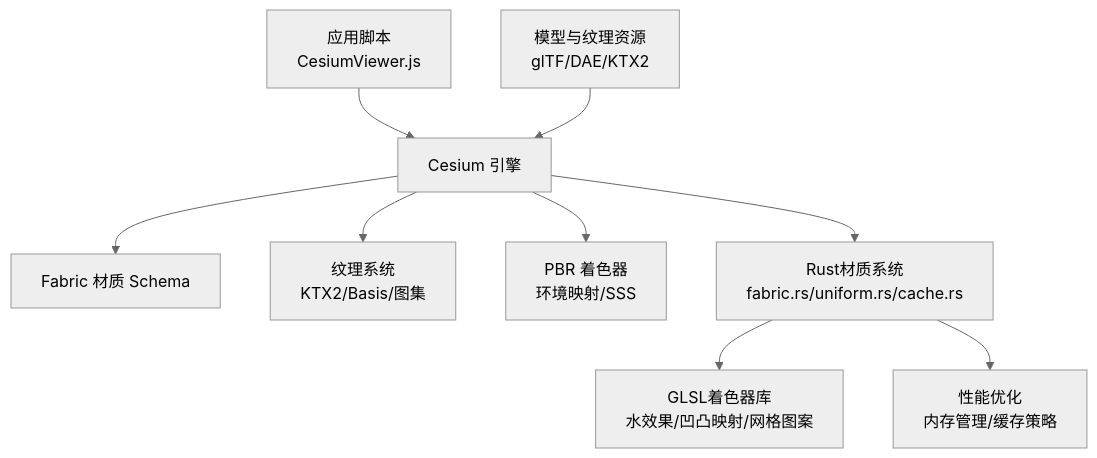
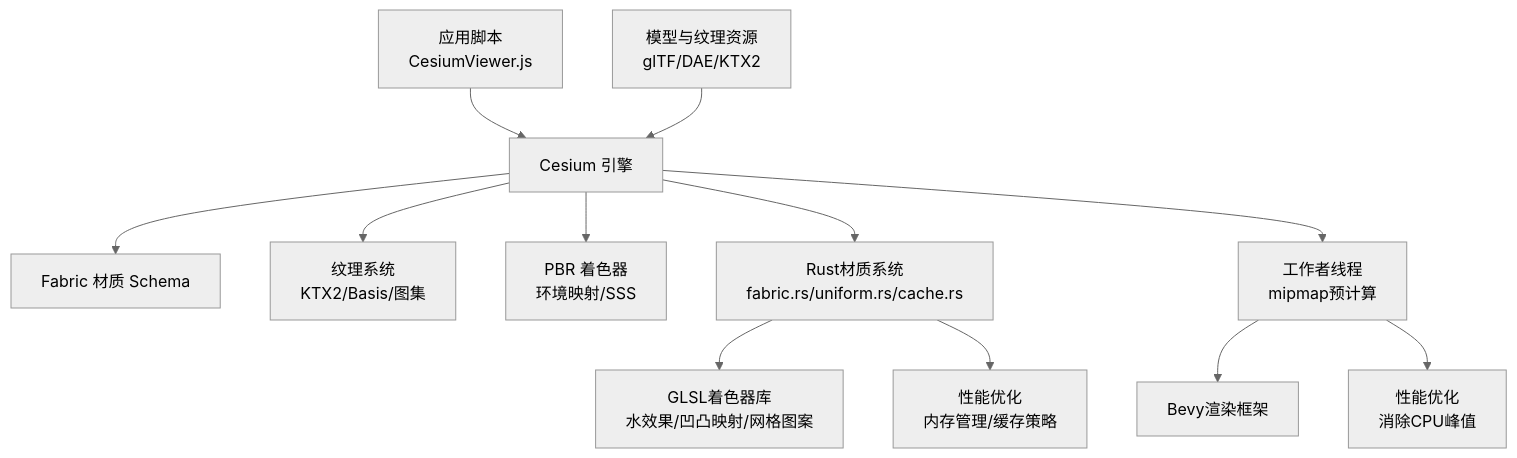
Before and after one commit to rzhangjing/cesium: diagram 11 of 11 in .qoder/repowiki/zh/content/项目概述/核心特性/3D渲染引擎/材质与纹理系统.md, drawn with Mermaid (neutral theme). The commit also changed other lines of this file and 5 other files, not shown here.

````diff
--- a/.qoder/repowiki/zh/content/项目概述/核心特性/3D渲染引擎/材质与纹理系统.md
+++ b/.qoder/repowiki/zh/content/项目概述/核心特性/3D渲染引擎/材质与纹理系统.md
@@ -511,11 +609,14 @@
 ```mermaid
 graph TB
 App["应用脚本<br/>CesiumViewer.js"] --> Engine["Cesium 引擎"]
 Engine --> Schema["Fabric 材质 Schema"]
 Engine --> Texture["纹理系统<br/>KTX2/Basis/图集"]
 Engine --> Shader["PBR 着色器<br/>环境映射/SSS"]
 Engine --> RustMat["Rust材质系统<br/>fabric.rs/uniform.rs/cache.rs"]
 RustMat --> GLSL["GLSL着色器库<br/>水效果/凹凸映射/网格图案"]
+Engine --> Worker["工作者线程<br/>mipmap预计算"]
+Worker --> Bevy["Bevy渲染框架"]
 Resources["模型与纹理资源<br/>glTF/DAE/KTX2"] --> Engine
 RustMat --> Performance["性能优化<br/>内存管理/缓存策略"]
+Worker --> Optimization["性能优化<br/>消除CPU峰值"]
 ```
````
